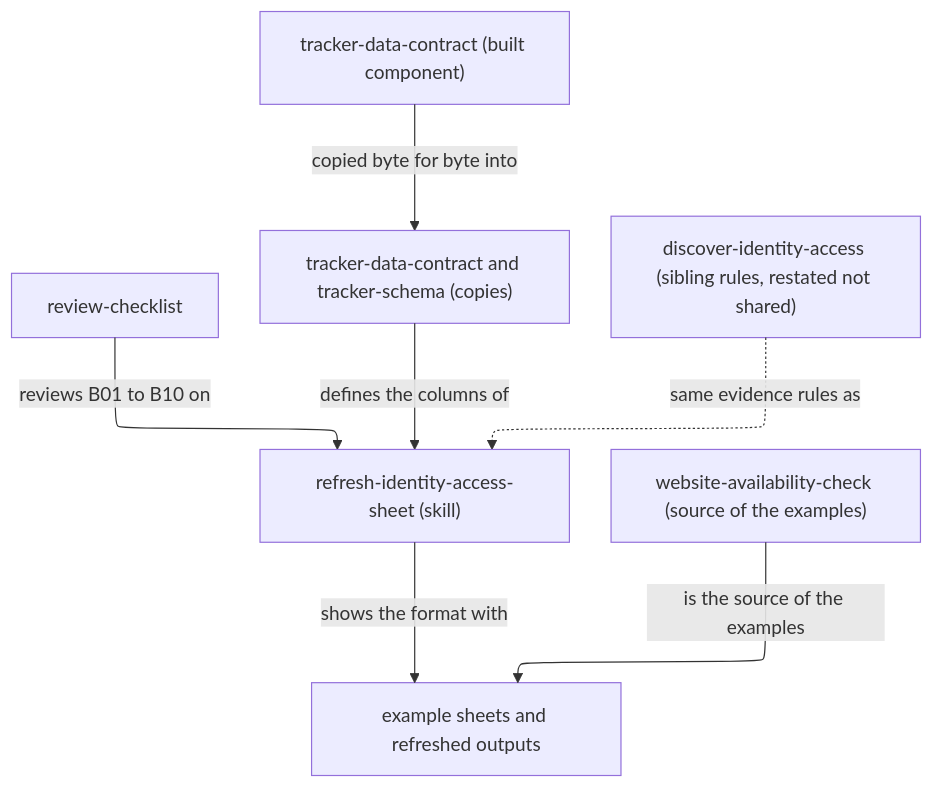
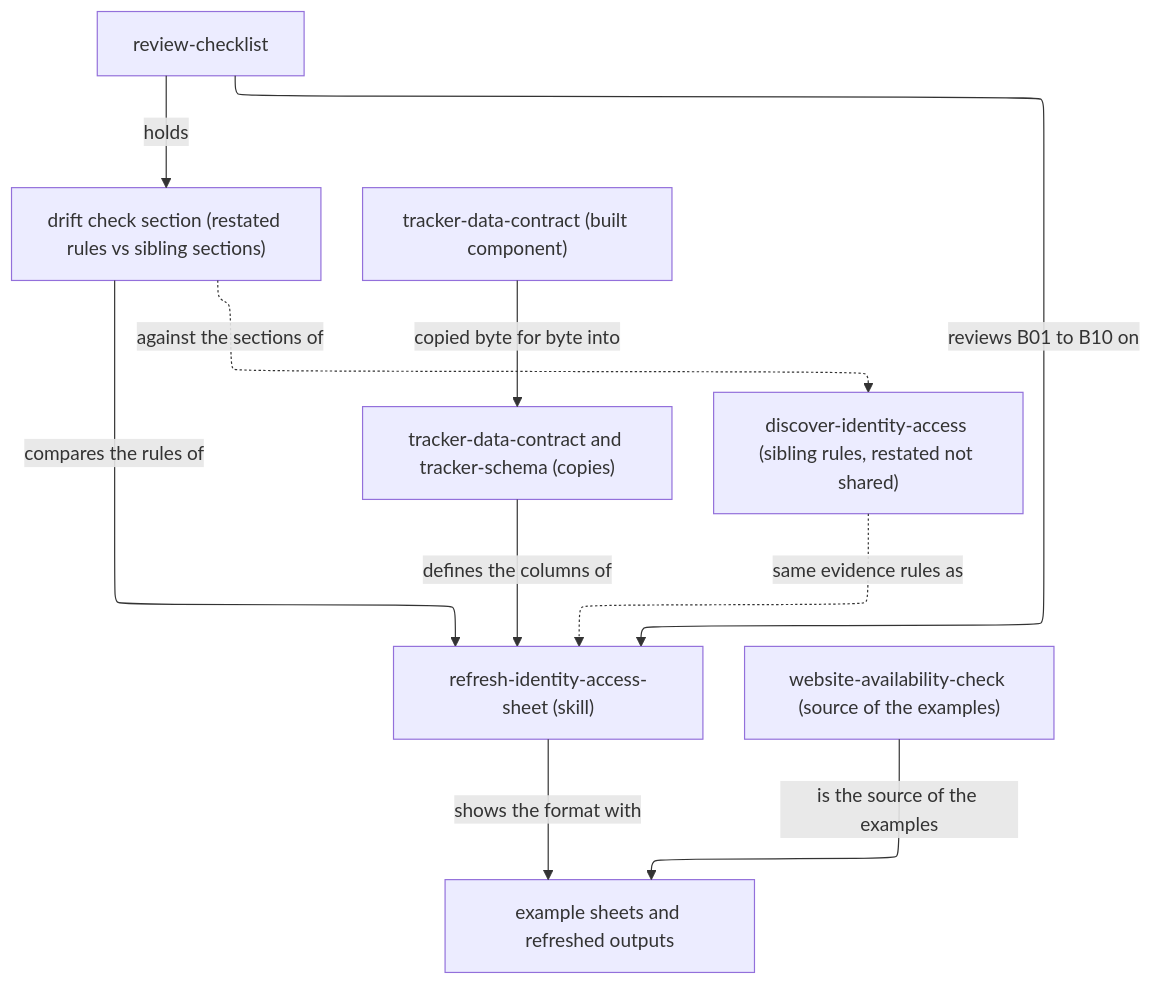
Before and after one commit to vrparthasarathy/migration-job-discovery: the diagram in identity-access-sheet-refresh/README.md, drawn with Mermaid. The commit also changed other lines of this file and 9 other files, not shown here.

````diff
--- a/identity-access-sheet-refresh/README.md
+++ b/identity-access-sheet-refresh/README.md
@@ -31,28 +33,33 @@
 ```mermaid
 ---
 config:
   layout: elk
 ---
 %%{init: {"securityLevel": "loose"}}%%
 flowchart TB
   chk["review-checklist"]
+  drift["drift check section (restated rules vs sibling sections)"]
   skill["refresh-identity-access-sheet (skill)"]
   copy["tracker-data-contract and tracker-schema (copies)"]
   ex["example sheets and refreshed outputs"]
   contract["tracker-data-contract (built component)"]
   site["website-availability-check (source of the examples)"]
   sib["discover-identity-access (sibling rules, restated not shared)"]
   click chk "review-checklist.md"
+  click drift "review-checklist.md#drift-check"
   click skill "refresh-identity-access-sheet/SKILL.md"
   click copy "refresh-identity-access-sheet/tracker-data-contract.md"
   click ex "refresh-identity-access-sheet/example-access-sheet-refreshed.csv"
   click contract "../tracker-data-contract/README.md"
   click site "../website-availability-check/README.md"
   click sib "../identity-access-discovery/README.md"
   contract -->|"copied byte for byte into"| copy
   copy -->|"defines the columns of"| skill
   skill -->|"shows the format with"| ex
   site -->|"is the source of the examples"| ex
   sib -.->|"same evidence rules as"| skill
   chk -->|"reviews B01 to B10 on"| skill
+  chk -->|"holds"| drift
+  drift -->|"compares the rules of"| skill
+  drift -.->|"against the sections of"| sib
 ```
````
